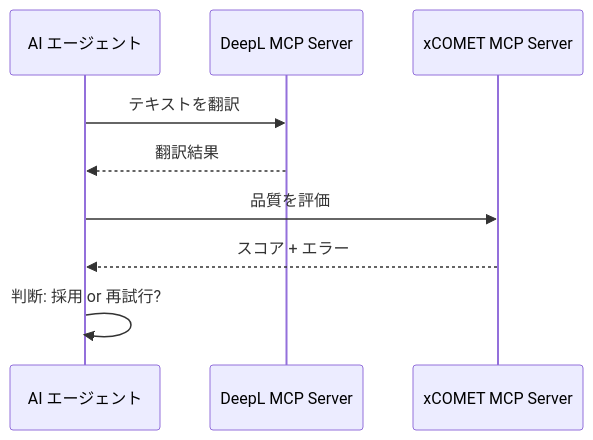
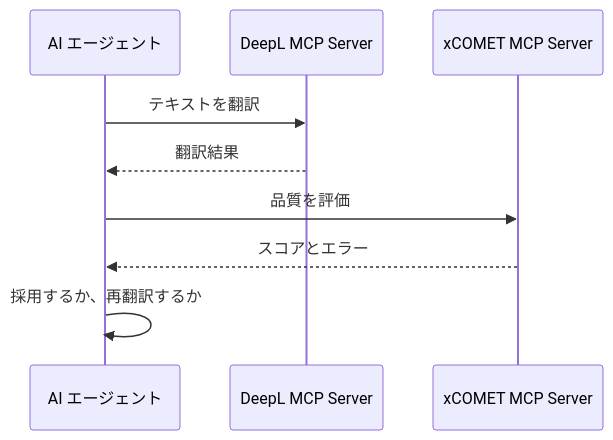
One commit to shuji-bonji/xcomet-mcp-server changed the second of 3 diagrams in README.ja.md. Above: the diagram before and after it, drawn with Mermaid. The commit also changed other lines of this file and 1 other file, not shown here.

````diff
--- a/README.ja.md
+++ b/README.ja.md
@@ -314,12 +316,12 @@
 ```mermaid
 sequenceDiagram
     participant Agent as AI エージェント
     participant DeepL as DeepL MCP Server
     participant xCOMET as xCOMET MCP Server
 
     Agent->>DeepL: テキストを翻訳
     DeepL-->>Agent: 翻訳結果
     Agent->>xCOMET: 品質を評価
-    xCOMET-->>Agent: スコア + エラー
-    Agent->>Agent: 判断: 採用 or 再試行?
+    xCOMET-->>Agent: スコアとエラー
+    Agent->>Agent: 採用するか、再翻訳するか
 ```
````
